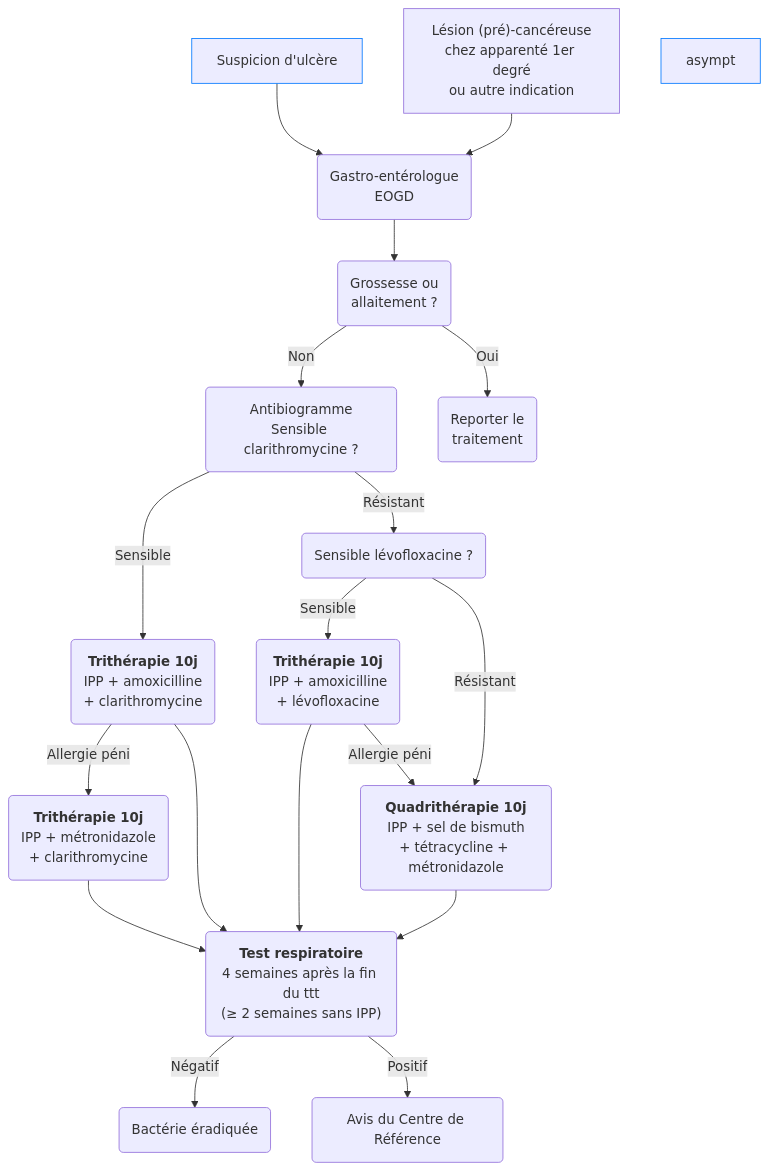
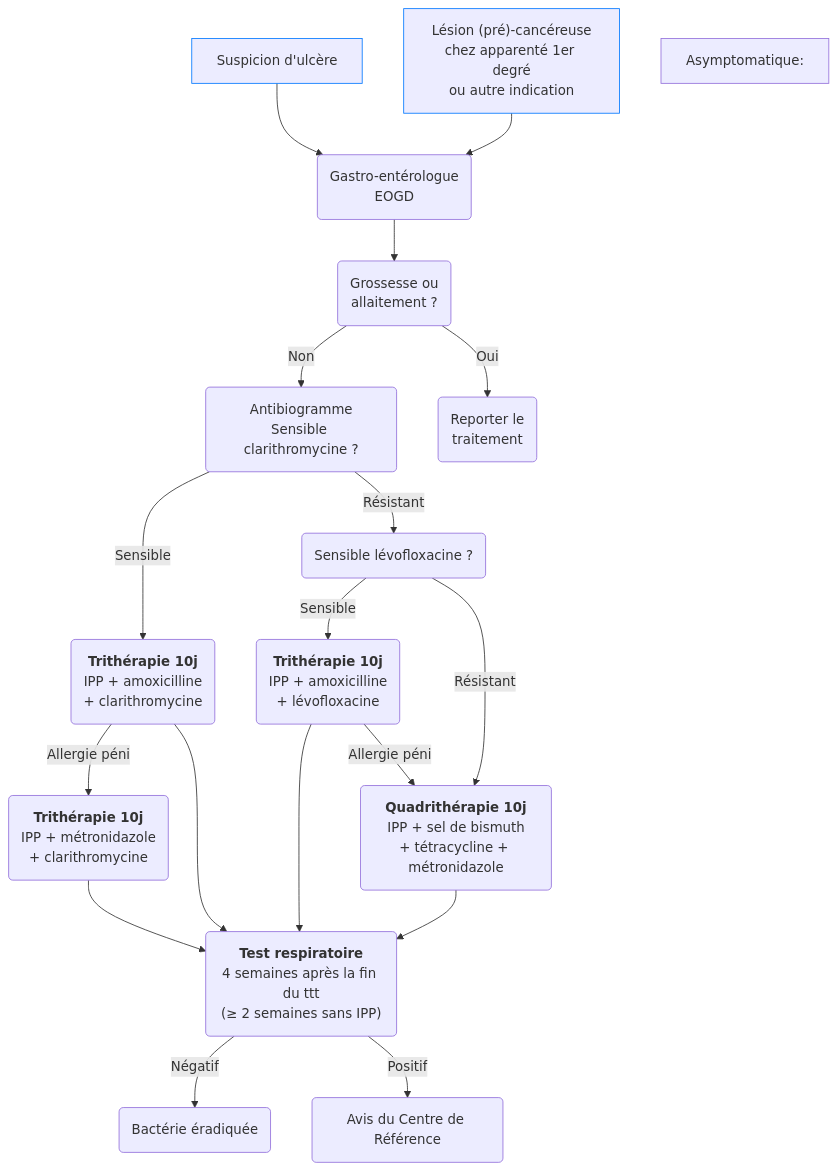
The first of 2 diagrams in content/recommandations/helicobacter-pylori.md (djibe/recommandations-medicales), drawn with Mermaid before and after one commit. The commit also changed other lines of this file and 39 other files, not shown here.

```diff
--- a/content/recommandations/helicobacter-pylori.md
+++ b/content/recommandations/helicobacter-pylori.md
@@ -178,19 +178,20 @@
 {{< mermaid >}}
 graph TB
   suspicion["Suspicion d'ulcère"] --> gastro("Gastro-entérologue<br>EOGD")
   style suspicion stroke:#0077ff, stroke-width:1px
-  ATCD["Lésion (pré)-cancéreuse<br>chez apparenté 1er degré<br>ou autre indication"] --> gastro
-  style asympt stroke:#0077ff, stroke-width:1px
+  suspect["Lésion (pré)-cancéreuse<br>chez apparenté 1er degré<br>ou autre indication"] --> gastro
+  style suspect stroke:#0077ff, stroke-width:1px
     gastro --> grossesse("Grossesse ou<br>allaitement ?")
       grossesse -- Non --> antibiogramme("Antibiogramme<br>Sensible clarithromycine ?")
         antibiogramme -- Sensible --> triAmox("<b>Trithérapie 10j</b><br>IPP + amoxicilline<br>+ clarithromycine")
           triAmox -- "Allergie péni" --> triAmoxAllergie("<b>Trithérapie 10j</b><br>IPP + métronidazole<br>+ clarithromycine") --> controle
           triAmox --> controle("<b>Test respiratoire</b><br>4 semaines après la fin du ttt<br>(≥ 2 semaines sans IPP)")
         antibiogramme -- "Résistant" --> levofloS("Sensible lévofloxacine ?")
           levofloS -- Sensible --> levoflo("<b>Trithérapie 10j</b><br>IPP + amoxicilline<br>+ lévofloxacine") --> controle
             levoflo -- "Allergie péni" --> quadrit
           levofloS -- "Résistant" --> quadrit("<b>Quadrithérapie 10j</b><br>IPP + sel de bismuth<br>+ tétracycline + métronidazole") --> controle
           controle -- Négatif --> ok(Bactérie éradiquée)
           controle -- Positif --> avis(Avis du Centre de Référence)
       grossesse -- Oui --> reporter("Reporter le<br>traitement")
+  asympt["Asymptomatique:<br>"]
 {{< /mermaid >}}
```
